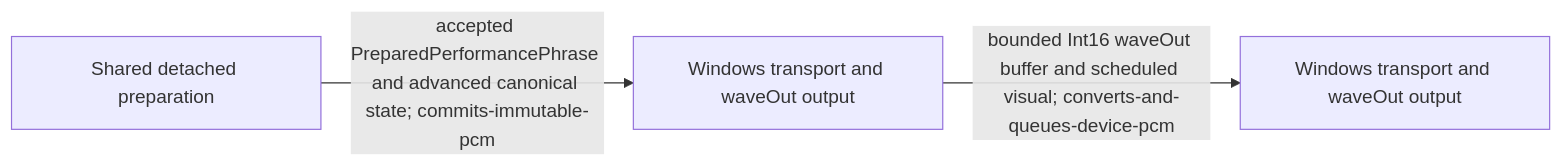
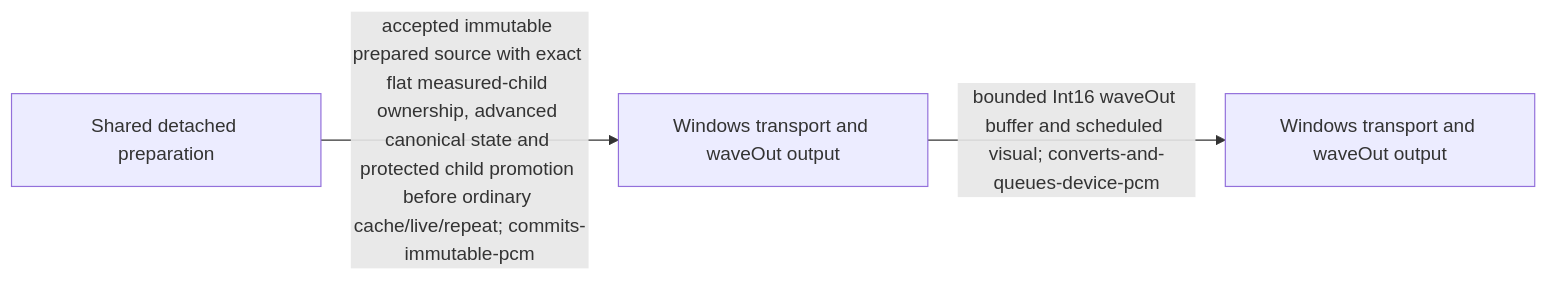
One commit to randomactions/auto-techno changed the fifth of 8 diagrams in docs/CODEBASE_MAP.md. Above: the diagram before and after it, drawn with Mermaid. The commit also changed other lines of this file and 10 other files, not shown here.

Commit message:
Consume protected measured successors through both host boundaries

````diff
--- a/docs/CODEBASE_MAP.md
+++ b/docs/CODEBASE_MAP.md
@@ -145,8 +145,8 @@
 ```mermaid
 flowchart LR
   n_windows_scheduled_playback0["Shared detached preparation"]
   n_windows_scheduled_playback1["Windows transport and waveOut output"]
   n_windows_scheduled_playback2["Windows transport and waveOut output"]
-  n_windows_scheduled_playback0 -- "accepted PreparedPerformancePhrase and advanced canonical state; commits-immutable-pcm" --> n_windows_scheduled_playback1
+  n_windows_scheduled_playback0 -- "accepted immutable prepared source with exact flat measured-child ownership, advanced canonical state and protected child promotion before ordinary cache/live/repeat; commits-immutable-pcm" --> n_windows_scheduled_playback1
   n_windows_scheduled_playback1 -- "bounded Int16 waveOut buffer and scheduled visual; converts-and-queues-device-pcm" --> n_windows_scheduled_playback2
 ```
````
